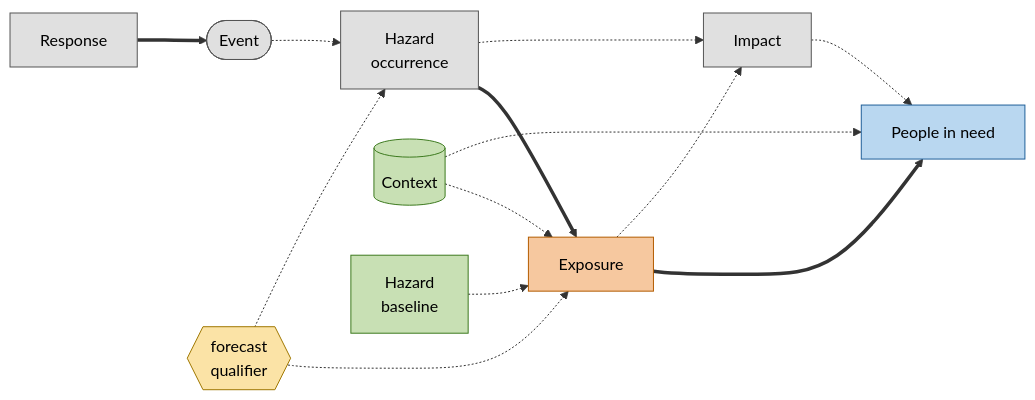
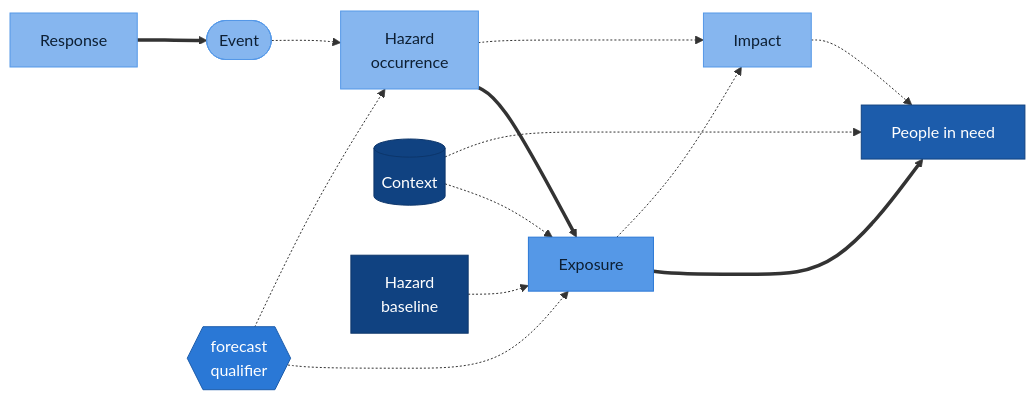
Before and after one commit to IFRCGo/monty-stac-extension: the second of 2 diagrams in docs/model/risk-model-options.md, drawn with Mermaid. The commit also changed other lines of this file and 9 other files, not shown here.

````diff
--- a/docs/model/risk-model-options.md
+++ b/docs/model/risk-model-options.md
@@ -264,31 +264,31 @@
 ```mermaid
 flowchart LR
     Event([Event]):::l0
     Hazard[Hazard<br/>occurrence]:::l0
     Impact[Impact]:::l0
     Response[Response]:::l0
     Exposure[Exposure]:::l1
     Forecast{{forecast<br/>qualifier}}:::l2
     Need[People in need]:::l3
     Context[(Context)]:::l4
     Baseline[Hazard<br/>baseline]:::l4
 
     Response ==> Event
     Event -.-> Hazard
     Hazard -.-> Impact
     Hazard ==> Exposure
     Exposure -.-> Impact
     Forecast -.-> Hazard
     Forecast -.-> Exposure
     Exposure ==> Need
     Impact -.-> Need
     Context -.-> Need
     Context -.-> Exposure
     Baseline -.-> Exposure
 
-    classDef l0 fill:#e0e0e0,stroke:#555,color:#000
-    classDef l1 fill:#f6c89f,stroke:#b35c00,color:#000
-    classDef l2 fill:#fbe3a6,stroke:#a07800,color:#000
-    classDef l3 fill:#b9d7f0,stroke:#1f5f99,color:#000
-    classDef l4 fill:#c8e0b4,stroke:#3d7a1f,color:#000
+    classDef l0 fill:#86b6ef,stroke:#5598e7,color:#0d1f33
+    classDef l1 fill:#5598e7,stroke:#2a78d6,color:#0d1f33
+    classDef l2 fill:#2a78d6,stroke:#1c5cab,color:#fff
+    classDef l3 fill:#1c5cab,stroke:#104281,color:#fff
+    classDef l4 fill:#104281,stroke:#0d366b,color:#fff
 ```
````
